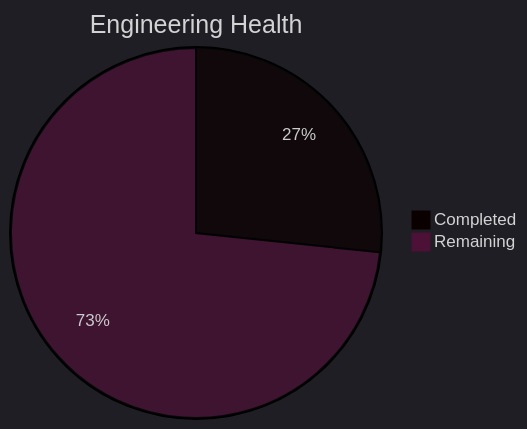
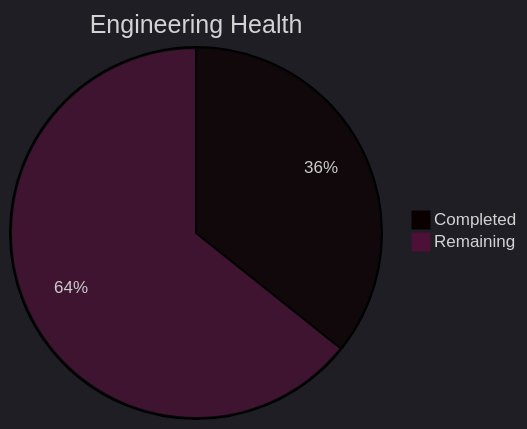
The third of 5 diagrams in tools/SK8Lytz_Bucket_List.md (Neogleamz/SK8Lytz), drawn with Mermaid before and after one commit. The commit also changed other lines of this file and 3 other files, not shown here.

````diff
--- a/tools/SK8Lytz_Bucket_List.md
+++ b/tools/SK8Lytz_Bucket_List.md
@@ -39,6 +39,6 @@
 ```mermaid
 %%{init: {'theme': 'dark'}}%%
 pie title Engineering Health
-  "Completed" : 4
-  "Remaining" : 11
+  "Completed" : 5
+  "Remaining" : 9
 ```
````
